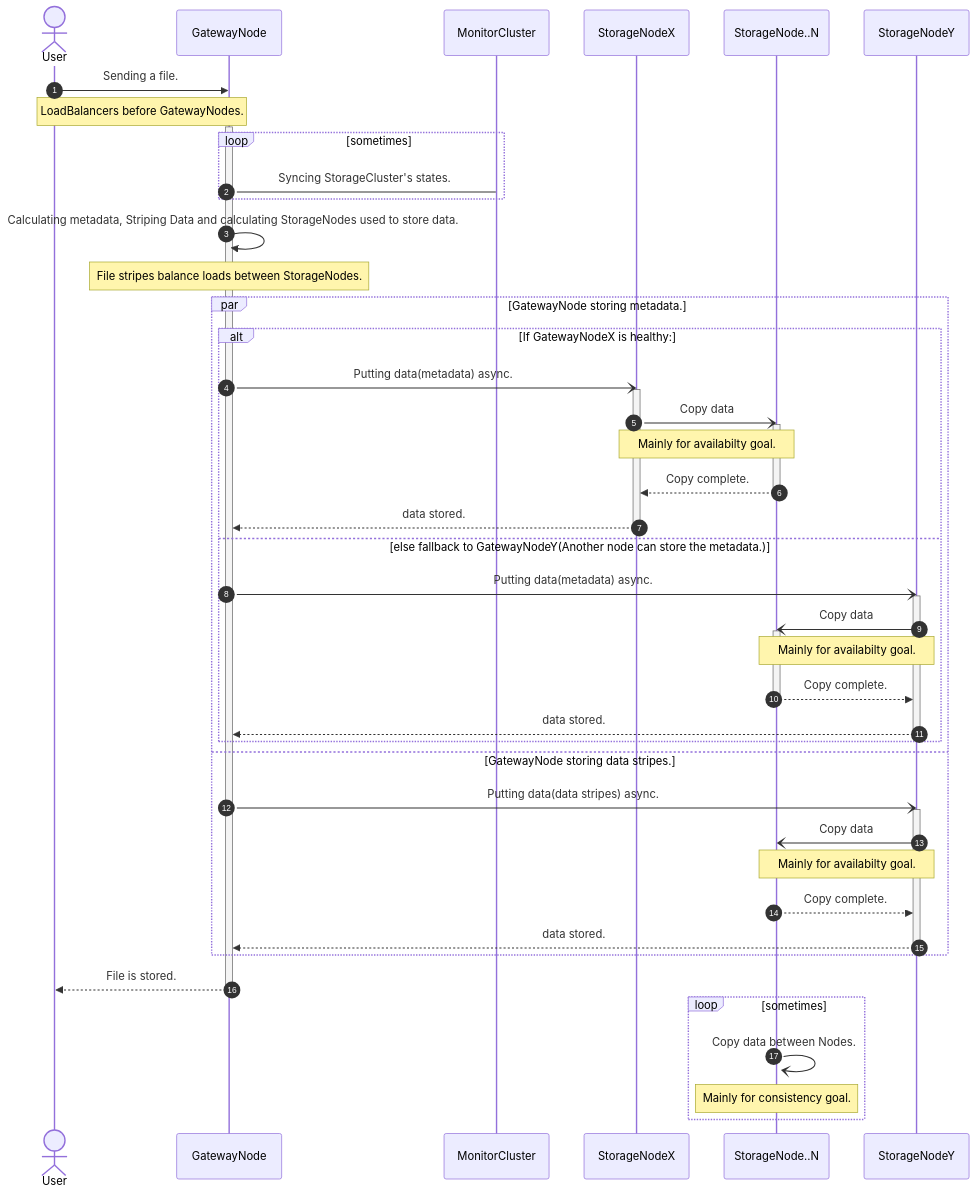
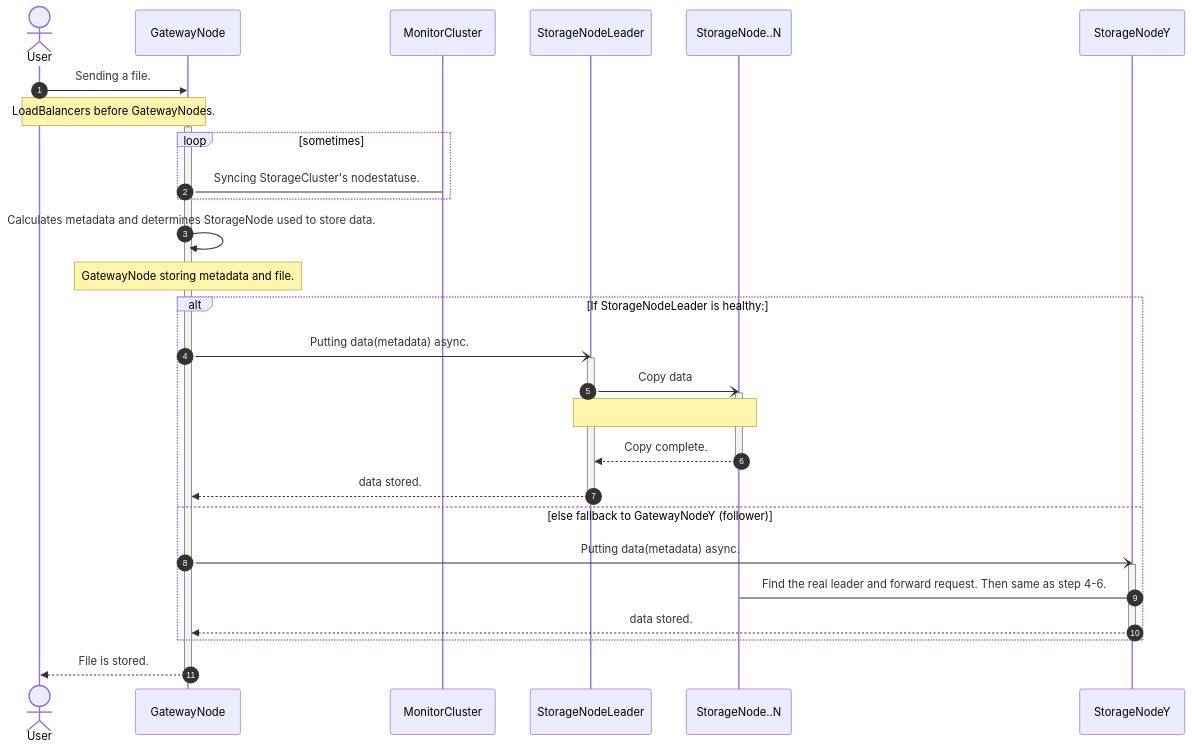
The first of 2 diagrams in README.md (emon100/HADSS), drawn with Mermaid before and after one commit. The commit also changed other lines of this file, not shown here.

Commit message:
doc: Update sequence diagram in README.md

````diff
--- a/README.md
+++ b/README.md
@@ -42,57 +42,36 @@
 ```mermaid
 sequenceDiagram
     autonumber
     actor User
     
     User->>GatewayNode: Sending a file.
     Note over User, GatewayNode: LoadBalancers before GatewayNodes.
     activate GatewayNode
     
     loop sometimes
-        GatewayNode->MonitorCluster: Syncing StorageCluster's states.
+        GatewayNode->MonitorCluster: Syncing StorageCluster's nodestatuse.
     end
     
-    GatewayNode->>GatewayNode: Calculating metadata, Striping Data and calculating StorageNodes used to store data.
-    Note over GatewayNode, GatewayNode: File stripes balance loads between StorageNodes.
+    GatewayNode->>GatewayNode: Calculates metadata and determines StorageNode used to store data.
     
-    par GatewayNode storing metadata.
-        alt If GatewayNodeX is healthy:
-            GatewayNode-)StorageNodeX: Putting data(metadata) async.
-            activate StorageNodeX
-            StorageNodeX-)StorageNode..N: Copy data
-            activate StorageNode..N
-            Note over StorageNodeX, StorageNode..N: Mainly for availabilty goal.
-            StorageNode..N-->>StorageNodeX: Copy complete.
-            deactivate StorageNode..N
-            StorageNodeX-->>GatewayNode: data stored.
-            deactivate StorageNodeX
-        else else fallback to GatewayNodeY(Another node can store the metadata.)
-            GatewayNode-)StorageNodeY: Putting data(metadata) async.
-            activate StorageNodeY
-            StorageNodeY-)StorageNode..N: Copy data
-            activate StorageNode..N
-            Note over StorageNodeY, StorageNode..N: Mainly for availabilty goal.
-            StorageNode..N-->>StorageNodeY: Copy complete.
-            deactivate StorageNode..N
-            StorageNodeY-->>GatewayNode: data stored.
-            deactivate StorageNodeY
-        end
-    and GatewayNode storing data stripes.
-        GatewayNode-)StorageNodeY: Putting data(data stripes) async.
+    Note over GatewayNode, GatewayNode: GatewayNode storing metadata and file.
+    alt If StorageNodeLeader is healthy:
+        GatewayNode-)StorageNodeLeader: Putting data(metadata) async.
+        activate StorageNodeLeader
+        StorageNodeLeader-)StorageNode..N: Copy data
+        activate StorageNode..N
+        Note over StorageNodeLeader, StorageNode..N: 
+        StorageNode..N-->>StorageNodeLeader: Copy complete.
+        deactivate StorageNode..N
+        StorageNodeLeader-->>GatewayNode: data stored.
+        deactivate StorageNodeLeader
+    else else fallback to GatewayNodeY (follower)
+        GatewayNode-)StorageNodeY: Putting data(metadata) async.
         activate StorageNodeY
-        StorageNodeY-)StorageNode..N: Copy data
-        activate StorageNode..N
-        Note over StorageNodeY, StorageNode..N: Mainly for availabilty goal.
-        StorageNode..N-->>StorageNodeY: Copy complete.
-        activate StorageNode..N
+        StorageNodeY->StorageNode..N: Find the real leader and forward request. Then same as step 4-6.
         StorageNodeY-->>GatewayNode: data stored.
         deactivate StorageNodeY
     end
     GatewayNode-->>User: File is stored.
     deactivate GatewayNode
-    
-    loop sometimes
-        StorageNode..N-)StorageNode..N: Copy data between Nodes.
-        Note over StorageNode..N, StorageNode..N:Mainly for consistency goal.
-    end
 ```
````
